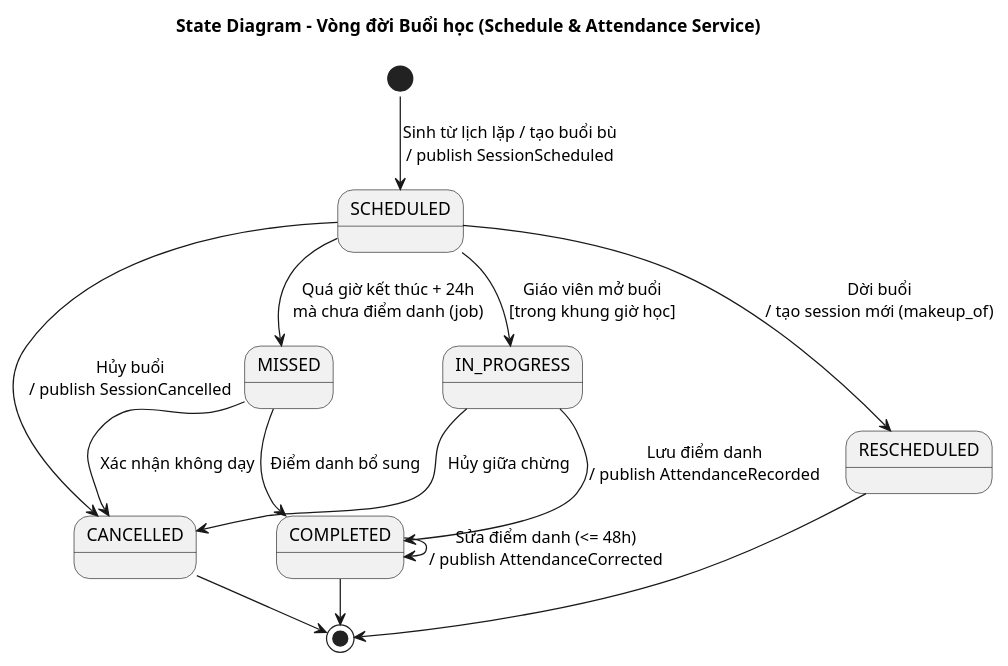
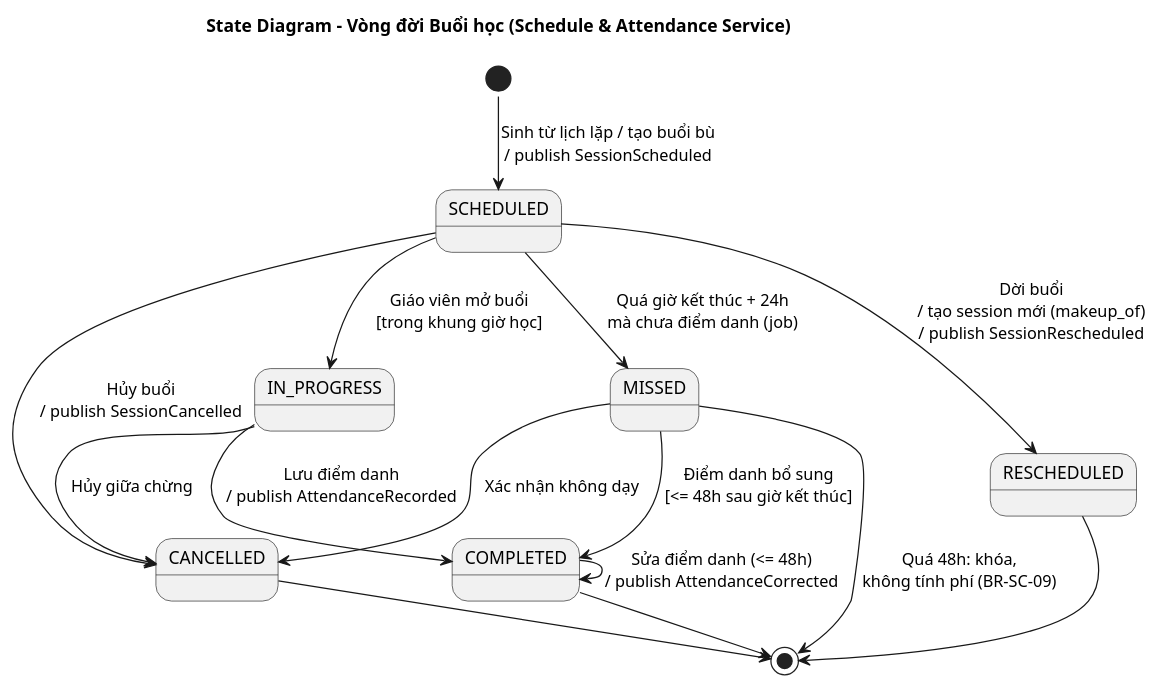
The third of 5 diagrams in docs/diagrams/09-state-lifecycle.puml (thuanbui-1203/private-tutor-management-system), drawn with PlantUML before and after one commit. The commit also changed other lines of this file and 15 other files, not shown here.

First line of the commit message:
Checkpoint: sync diagrams and service docs with domain decisions

```diff
--- a/docs/diagrams/09-state-lifecycle.puml
+++ b/docs/diagrams/09-state-lifecycle.puml
@@ -54,24 +74,25 @@
 @startuml 09-state-session
 ' Bỏ dòng pragma nếu máy đã cài Graphviz
 !pragma layout smetana
 title State Diagram - Vòng đời Buổi học (Schedule & Attendance Service)
 
 [*] --> SCHEDULED : Sinh từ lịch lặp / tạo buổi bù\n/ publish SessionScheduled
 
 SCHEDULED --> IN_PROGRESS : Giáo viên mở buổi\n[trong khung giờ học]
 SCHEDULED --> CANCELLED : Hủy buổi\n/ publish SessionCancelled
-SCHEDULED --> RESCHEDULED : Dời buổi\n/ tạo session mới (makeup_of)
+SCHEDULED --> RESCHEDULED : Dời buổi\n/ tạo session mới (makeup_of)\n/ publish SessionRescheduled
 
 IN_PROGRESS --> COMPLETED : Lưu điểm danh\n/ publish AttendanceRecorded
 IN_PROGRESS --> CANCELLED : Hủy giữa chừng
 
 COMPLETED --> COMPLETED : Sửa điểm danh (<= 48h)\n/ publish AttendanceCorrected
 
 SCHEDULED --> MISSED : Quá giờ kết thúc + 24h\nmà chưa điểm danh (job)
-MISSED --> COMPLETED : Điểm danh bổ sung
+MISSED --> COMPLETED : Điểm danh bổ sung\n[<= 48h sau giờ kết thúc]
 MISSED --> CANCELLED : Xác nhận không dạy
+MISSED --> [*] : Quá 48h: khóa,\nkhông tính phí (BR-SC-09)
 
 CANCELLED --> [*]
 RESCHEDULED --> [*]
 COMPLETED --> [*]
 @enduml
```
